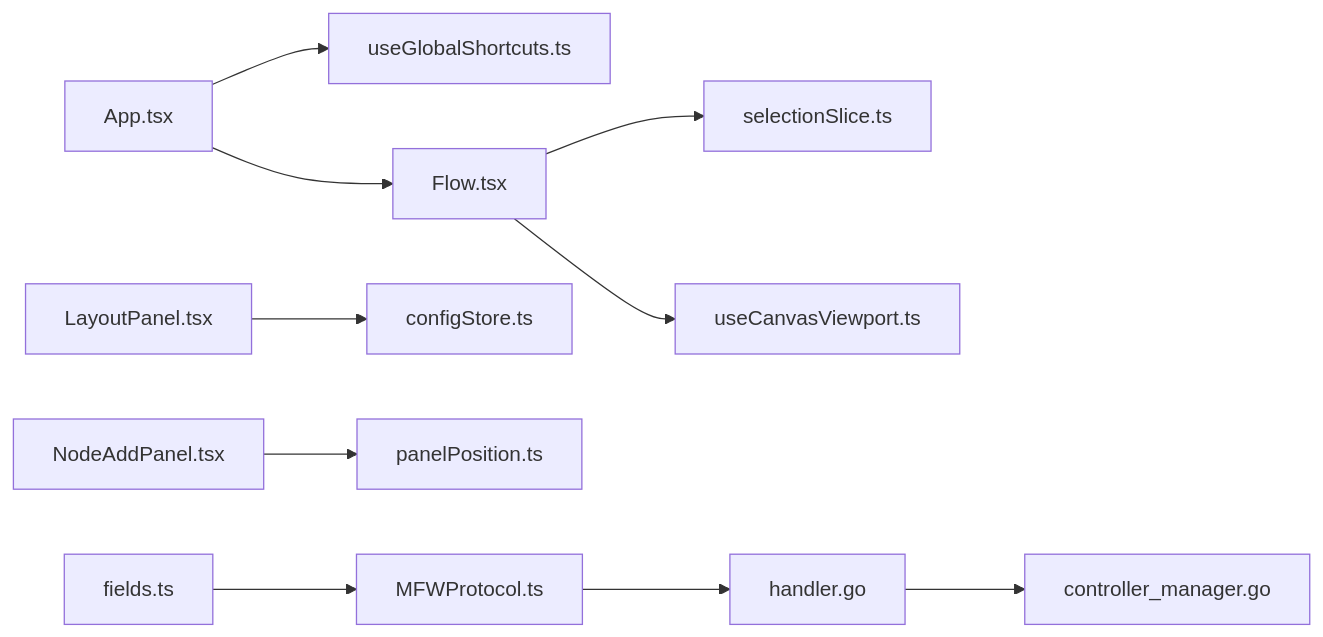
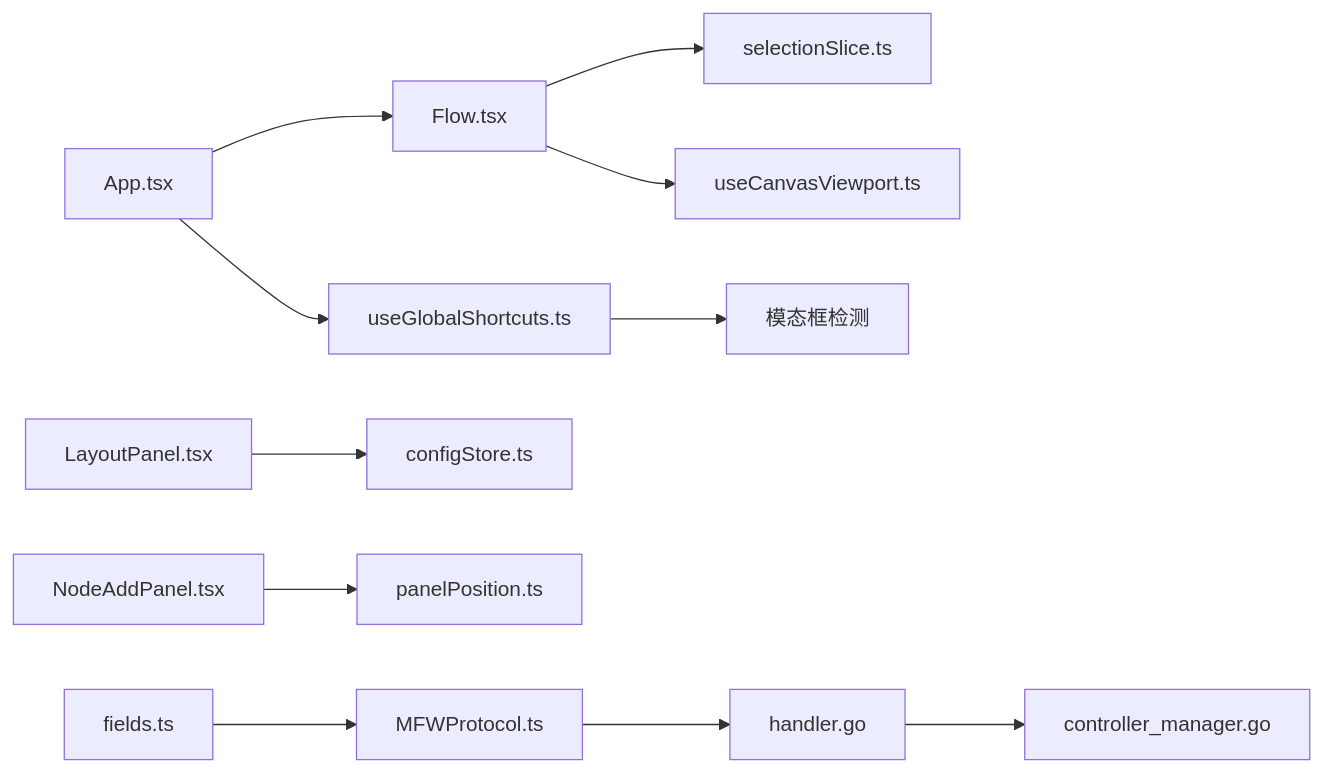
One commit to kqcoxn/MaaPipelineEditor changed the sixth of 6 diagrams in .qoder/repowiki/zh/content/用户界面/快捷键与导航.md. Above: the diagram before and after it, drawn with Mermaid. The commit also changed other lines of this file and 16 other files, not shown here.

````diff
--- a/.qoder/repowiki/zh/content/用户界面/快捷键与导航.md
+++ b/.qoder/repowiki/zh/content/用户界面/快捷键与导航.md
@@ -278,12 +321,13 @@
 ```mermaid
 graph LR
 APP["App.tsx"] --> GSH["useGlobalShortcuts.ts"]
 APP --> FLOW["Flow.tsx"]
 FLOW --> SEL["selectionSlice.ts"]
 FLOW --> VP["useCanvasViewport.ts"]
 TOOL["LayoutPanel.tsx"] --> CFG["configStore.ts"]
 NAP["NodeAddPanel.tsx"] --> POS["panelPosition.ts"]
+GSH --> MODAL["模态框检测"]
 MFWS["MFWProtocol.ts"] --> MFWH["handler.go"]
 MFWH --> CM["controller_manager.go"]
 ACT["fields.ts"] --> MFWS
 ```
````
